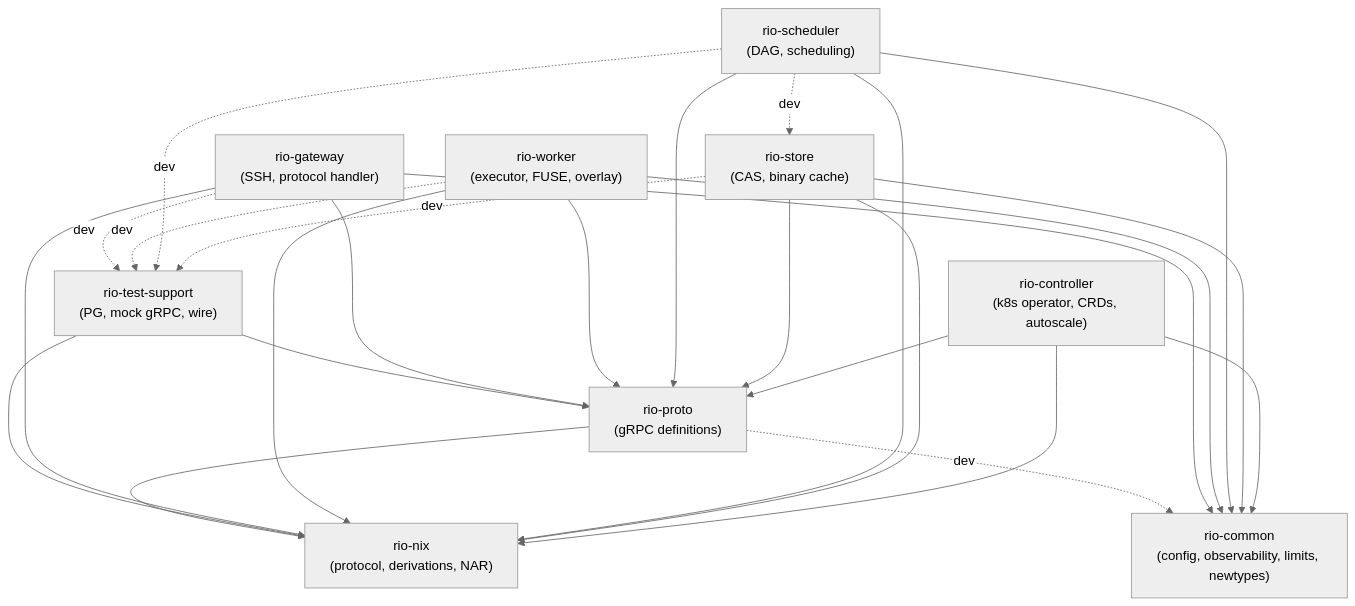
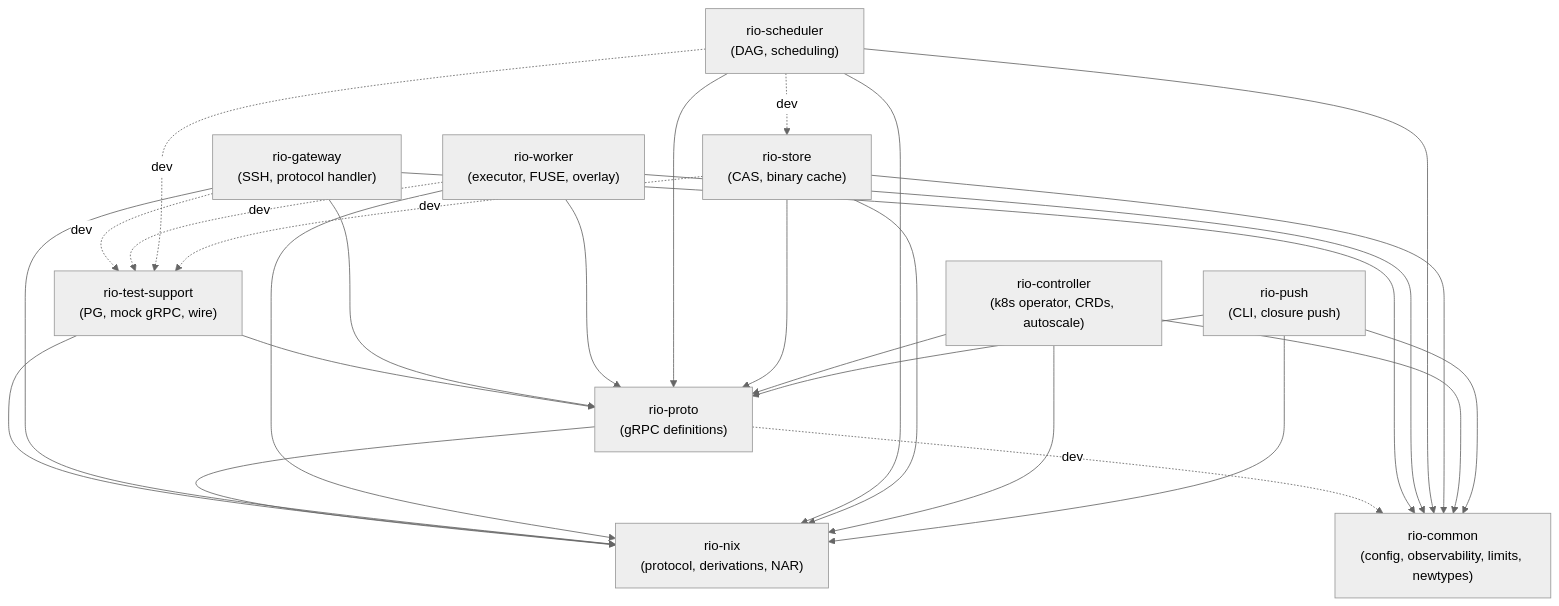
The diagram in docs/src/crate-structure.md (lovesegfault/rio-build), drawn with Mermaid (neutral theme) before and after one commit. The commit also changed other lines of this file and 11 other files, not shown here.

First line of the commit message:
feat(rio-push): add CLI for pushing store path closures to rio-store

````diff
--- a/docs/src/crate-structure.md
+++ b/docs/src/crate-structure.md
@@ -26,43 +27,48 @@
 ```mermaid
 graph TD
     rio-common["rio-common<br/>(config, observability, limits, newtypes)"]
     rio-nix["rio-nix<br/>(protocol, derivations, NAR)"]
     rio-proto["rio-proto<br/>(gRPC definitions)"]
     rio-test-support["rio-test-support<br/>(PG, mock gRPC, wire)"]
     rio-store["rio-store<br/>(CAS, binary cache)"]
     rio-scheduler["rio-scheduler<br/>(DAG, scheduling)"]
     rio-gateway["rio-gateway<br/>(SSH, protocol handler)"]
     rio-worker["rio-worker<br/>(executor, FUSE, overlay)"]
     rio-controller["rio-controller<br/>(k8s operator, CRDs, autoscale)"]
+    rio-push["rio-push<br/>(CLI, closure push)"]
 
     rio-proto --> rio-nix
     rio-proto -.->|dev| rio-common
 
     rio-test-support --> rio-nix
     rio-test-support --> rio-proto
 
     rio-gateway --> rio-nix
     rio-gateway --> rio-proto
     rio-gateway --> rio-common
     rio-gateway -.->|dev| rio-test-support
 
     rio-worker --> rio-nix
     rio-worker --> rio-proto
     rio-worker --> rio-common
     rio-worker -.->|dev| rio-test-support
 
     rio-scheduler --> rio-nix
     rio-scheduler --> rio-proto
     rio-scheduler --> rio-common
     rio-scheduler -.->|dev| rio-store
     rio-scheduler -.->|dev| rio-test-support
 
     rio-store --> rio-nix
     rio-store --> rio-proto
     rio-store --> rio-common
     rio-store -.->|dev| rio-test-support
 
     rio-controller --> rio-nix
     rio-controller --> rio-proto
     rio-controller --> rio-common
+
+    rio-push --> rio-nix
+    rio-push --> rio-proto
+    rio-push --> rio-common
 ```
````
